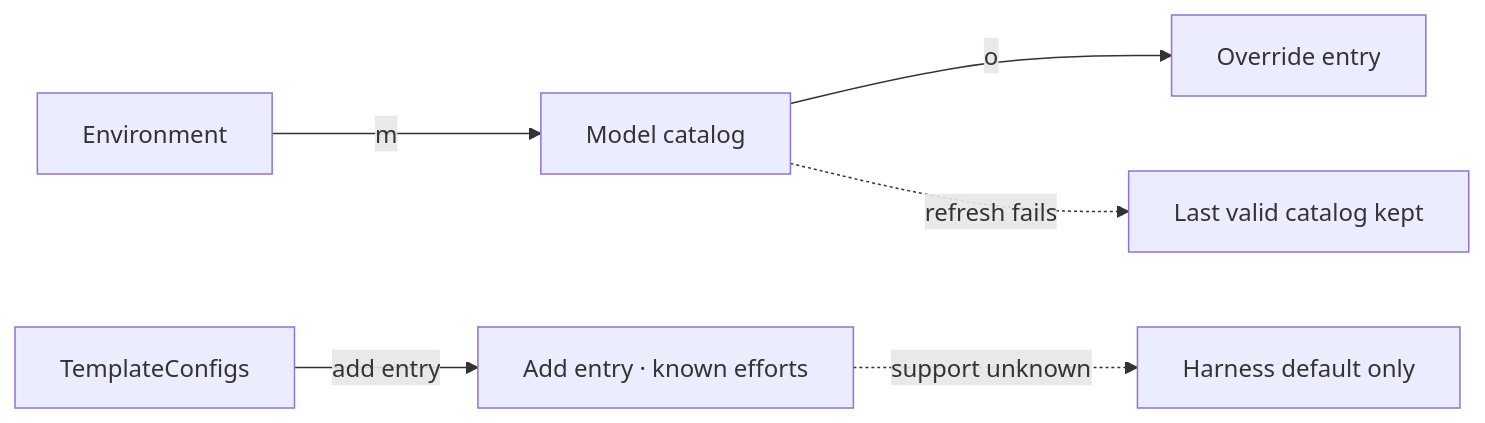
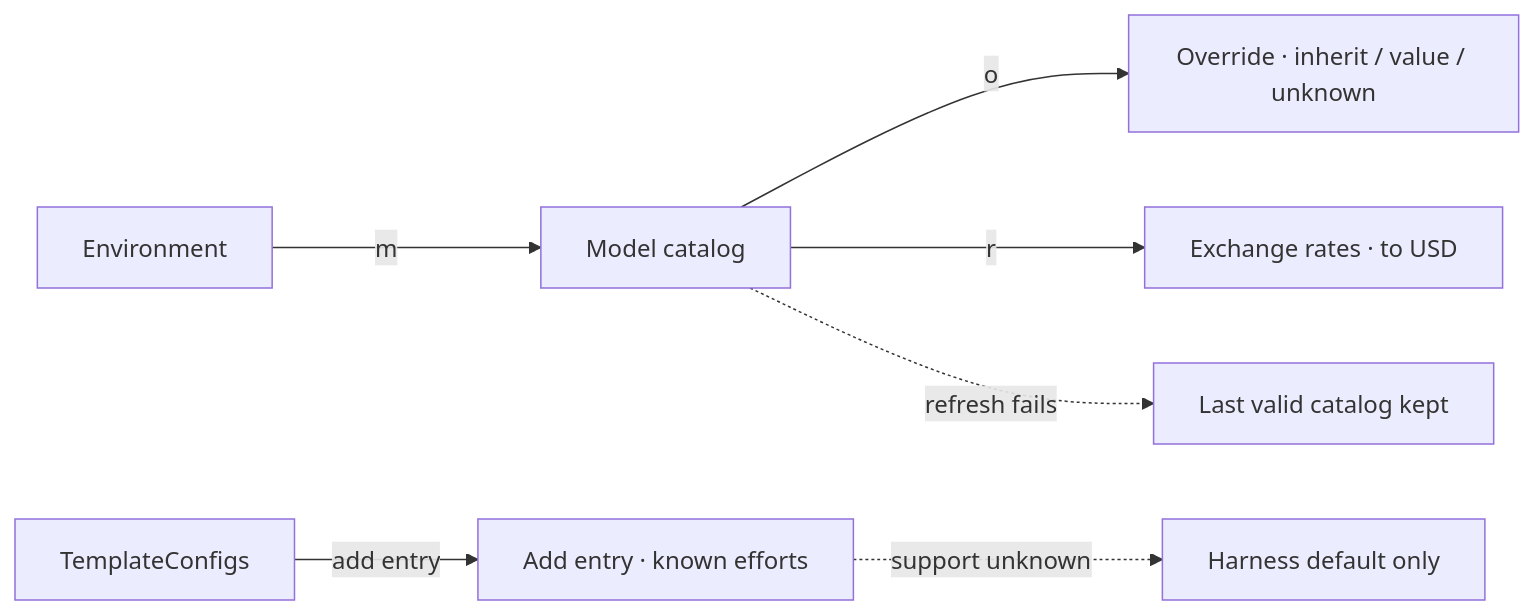
Before and after one commit to AxionomicAI/AxBenchmark: the ninth of 23 diagrams in spec/design/wireframe-tui/navigation.md, drawn with Mermaid. The commit also changed other lines of this file and 228 other files, not shown here.

````diff
--- a/spec/design/wireframe-tui/navigation.md
+++ b/spec/design/wireframe-tui/navigation.md
@@ -178,8 +209,9 @@
 ```mermaid
 flowchart LR
     Environment -->|m| Catalog["Model catalog"]
-    Catalog -->|o| CatalogOverride["Override entry"]
+    Catalog -->|o| CatalogOverride["Override · inherit / value / unknown"]
+    Catalog -->|r| CatalogRates["Exchange rates · to USD"]
     Catalog -.->|refresh fails| CatalogRefreshFailed["Last valid catalog kept"]
     TemplateConfigs -->|add entry| ModelPicker["Add entry · known efforts"]
     ModelPicker -.->|support unknown| ModelPickerUnknown["Harness default only"]
 ```
````
